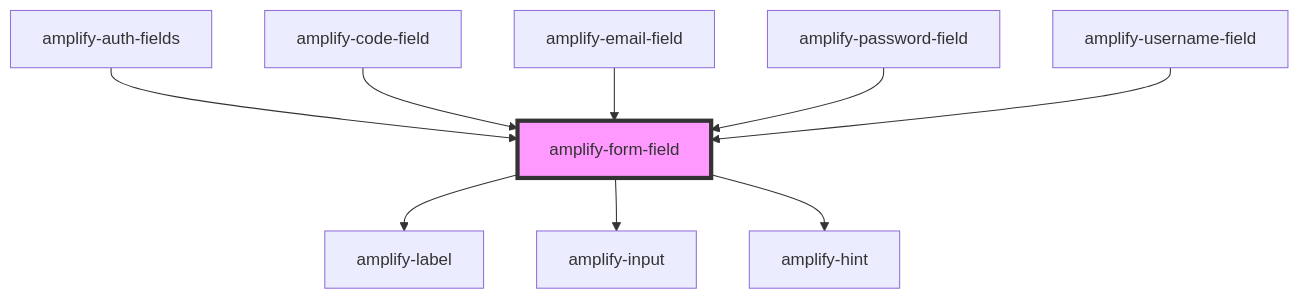
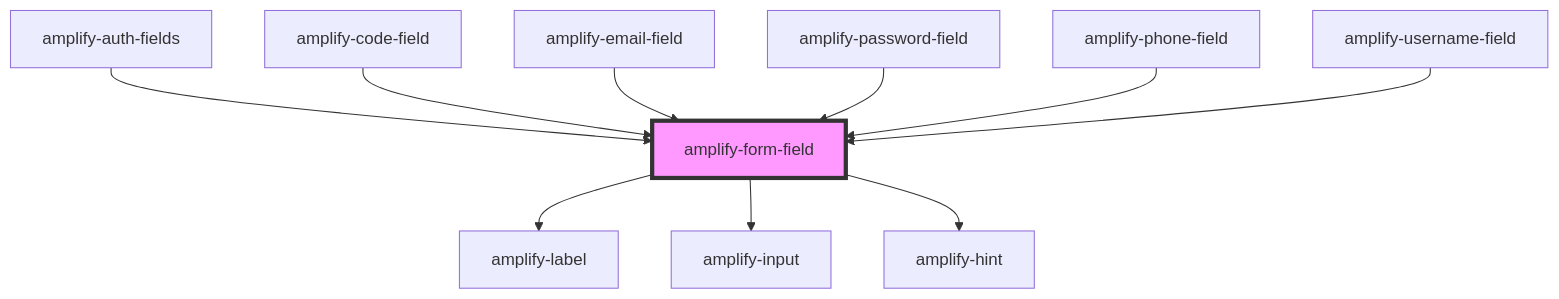
One commit to aws-amplify/amplify-js changed the diagram in packages/amplify-ui-components/src/components/amplify-form-field/readme.md. Above: the diagram before and after it, drawn with Mermaid. The commit also changed other lines of this file and 20 other files, not shown here.

Commit message:
Initial phone field commit

````diff
--- a/packages/amplify-ui-components/src/components/amplify-form-field/readme.md
+++ b/packages/amplify-ui-components/src/components/amplify-form-field/readme.md
@@ -44,12 +45,13 @@
 ```mermaid
 graph TD;
   amplify-form-field --> amplify-label
   amplify-form-field --> amplify-input
   amplify-form-field --> amplify-hint
   amplify-auth-fields --> amplify-form-field
   amplify-code-field --> amplify-form-field
   amplify-email-field --> amplify-form-field
   amplify-password-field --> amplify-form-field
+  amplify-phone-field --> amplify-form-field
   amplify-username-field --> amplify-form-field
   style amplify-form-field fill:#f9f,stroke:#333,stroke-width:4px
 ```
````
